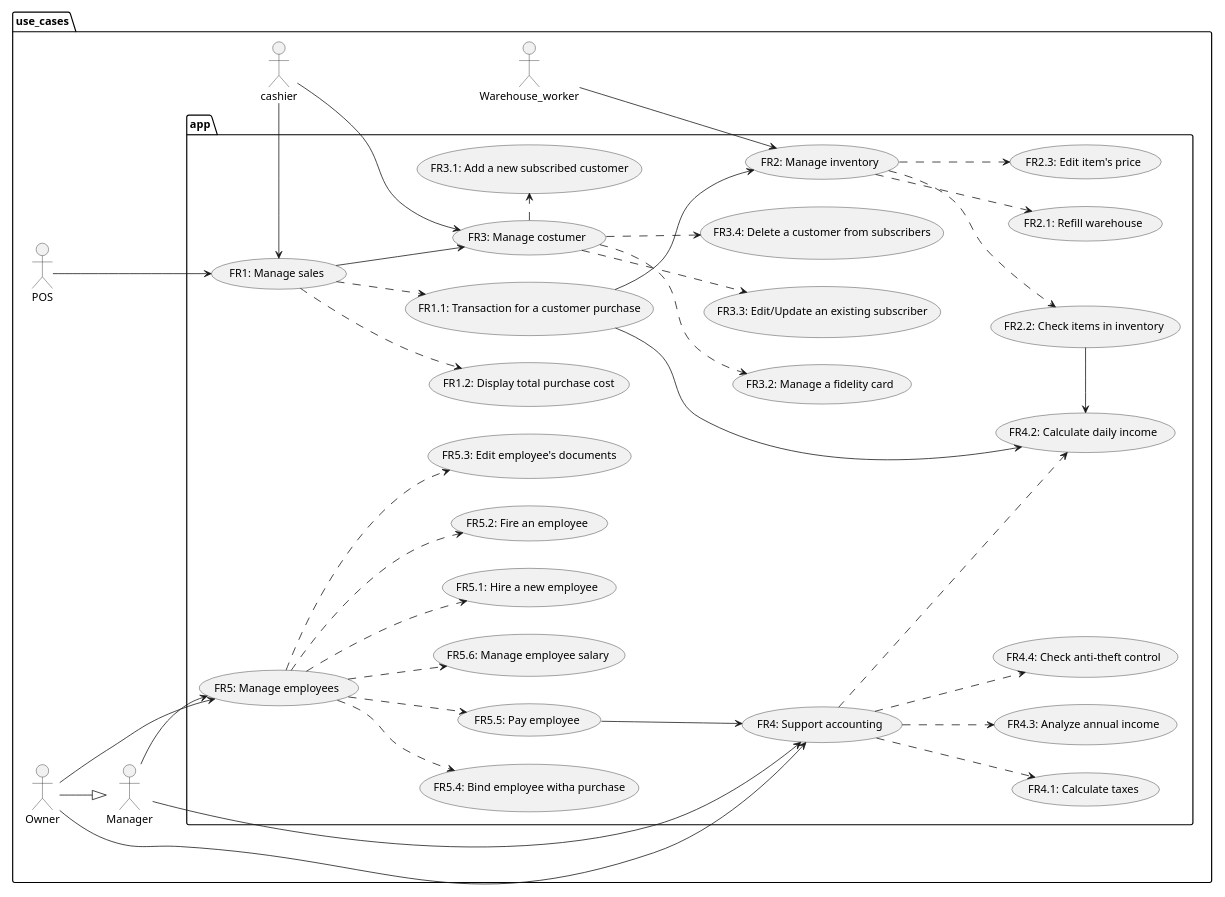
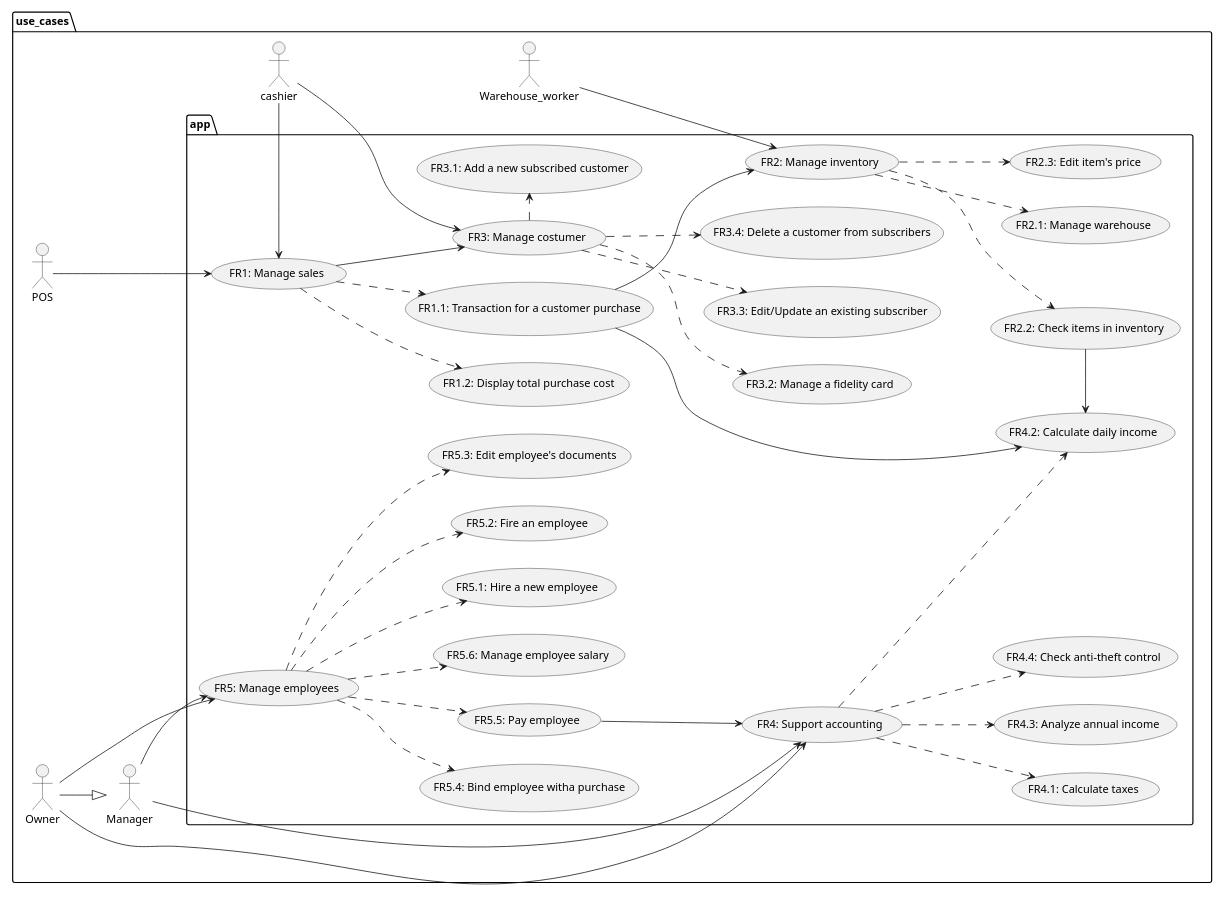
Before and after one commit to mkexc/ezshop: the second of 5 diagrams in Deliverables/RequirementsDocument.md, drawn with PlantUML. The commit also changed other lines of this file, not shown here.

````diff
--- a/Deliverables/RequirementsDocument.md
+++ b/Deliverables/RequirementsDocument.md
@@ -184,77 +183,77 @@
 ```plantuml
 @startuml
 scale max 1024 width
 
 left to right direction
 package use_cases{
     actor cashier as CSH
     actor POS
     actor Warehouse_worker as WW
     actor Manager as MNG
     actor Owner as OWN
 
     package app {
         usecase "FR1: Manage sales" as FR1
         usecase "FR1.1: Transaction for a customer purchase" as FR1_1
         usecase "FR1.2: Display total purchase cost" as FR1_2
         usecase "FR2: Manage inventory" as FR2
-        usecase "FR2.1: Refill warehouse" as FR2_1
+        usecase "FR2.1: Manage warehouse" as FR2_1
         usecase "FR2.2: Check items in inventory" as FR2_2
         usecase "FR2.3: Edit item's price" as FR2_3
         usecase "FR3: Manage costumer" as FR3
         usecase "FR3.1: Add a new subscribed customer" as FR3_1
         usecase "FR3.2: Manage a fidelity card" as FR3_2
         usecase "FR3.3: Edit/Update an existing subscriber" as FR3_3
         usecase "FR3.4: Delete a customer from subscribers" as FR3_4
         usecase "FR4: Support accounting" as FR4
         usecase "FR4.1: Calculate taxes" as FR4_1
         usecase "FR4.2: Calculate daily income" as FR4_2
         usecase "FR4.3: Analyze annual income" as FR4_3
         usecase "FR4.4: Check anti-theft control" as FR4_4
         usecase "FR5: Manage employees" as FR5
         usecase "FR5.1: Hire a new employee" as FR5_1
         usecase "FR5.2: Fire an employee" as FR5_2
         usecase "FR5.3: Edit employee's documents" as FR5_3
         usecase "FR5.4: Bind employee witha purchase" as FR5_4
         usecase "FR5.5: Pay employee" as FR5_5
         usecase "FR5.6: Manage employee salary" as FR5_6
 
         CSH -> FR1
         CSH --> FR3
         POS ---> FR1
         WW  --> FR2
         MNG --> FR5
         MNG --> FR4
         OWN --|> MNG
         OWN --> FR5
         OWN --> FR4
 
         FR1 --> FR3
         FR1 ..> FR1_1
         FR1 ..> FR1_2
         FR1_1 --> FR2
         FR1_1 --> FR4_2
         FR2 ..> FR2_1
         FR2 ..> FR2_2
         FR2 ..> FR2_3
         FR2_2 -> FR4_2
         FR3 .> FR3_1
         FR3 ..> FR3_2
         FR3 ..> FR3_3
         FR3 ..> FR3_4
         FR4 ..> FR4_1
         FR4 ..> FR4_2
         FR4 ..> FR4_3
         FR4 ..> FR4_4
         FR5 ..> FR5_1
         FR5 ..> FR5_2
         FR5 ..> FR5_3
         FR5 ..> FR5_4
         FR5 ..> FR5_5
         FR5 ..> FR5_6
         FR5_5 --> FR4
     }
 }
 
 @enduml
 ```
````
